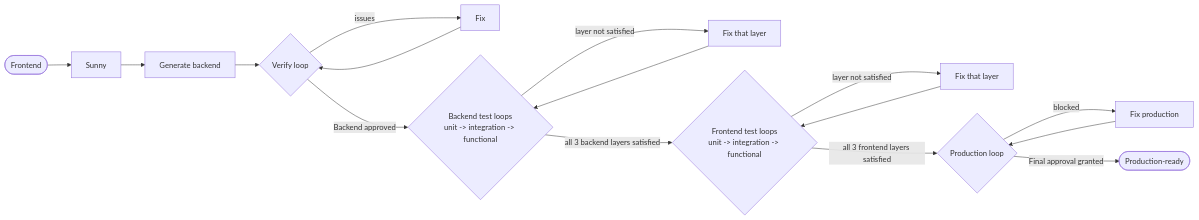
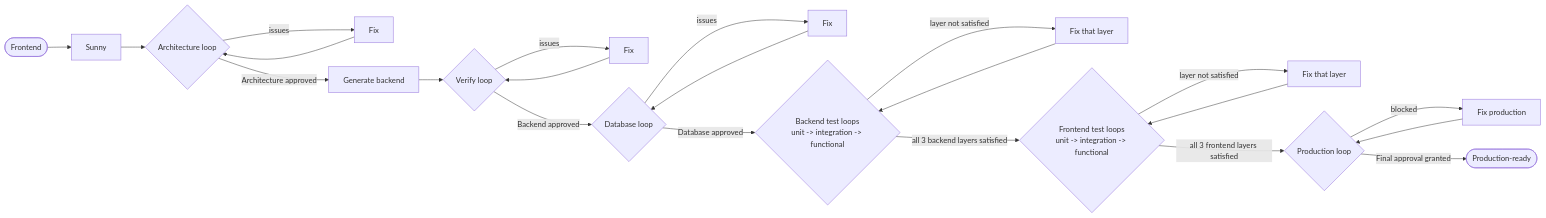
The diagram in README.md (priyam-qo-box/agents), drawn with Mermaid before and after one commit. The commit also changed other lines of this file and 11 other files, not shown here.

First line of the commit message:
Add architecture and database agents to enhance system design and integrity

````diff
--- a/README.md
+++ b/README.md
@@ -94,14 +106,18 @@
 ```mermaid
 flowchart LR
     FE([Frontend]) --> S[Sunny]
-    S --> GEN[Generate backend]
+    S --> AL{Architecture loop}
+    AL -->|issues| AFIX[Fix] --> AL
+    AL -->|"Architecture approved"| GEN[Generate backend]
     GEN --> VL{Verify loop}
     VL -->|issues| FIX[Fix] --> VL
-    VL -->|"Backend approved"| BTL{"Backend test loops<br/>unit -> integration -> functional"}
+    VL -->|"Backend approved"| DL{Database loop}
+    DL -->|issues| DFIX[Fix] --> DL
+    DL -->|"Database approved"| BTL{"Backend test loops<br/>unit -> integration -> functional"}
     BTL -->|"layer not satisfied"| BFIX[Fix that layer] --> BTL
     BTL -->|"all 3 backend layers satisfied"| FTL{"Frontend test loops<br/>unit -> integration -> functional"}
     FTL -->|"layer not satisfied"| FFIX[Fix that layer] --> FTL
     FTL -->|"all 3 frontend layers satisfied"| PL{Production loop}
     PL -->|"blocked"| PFIX[Fix production] --> PL
     PL -->|"Final approval granted"| DONE([Production-ready])
 ```
````
